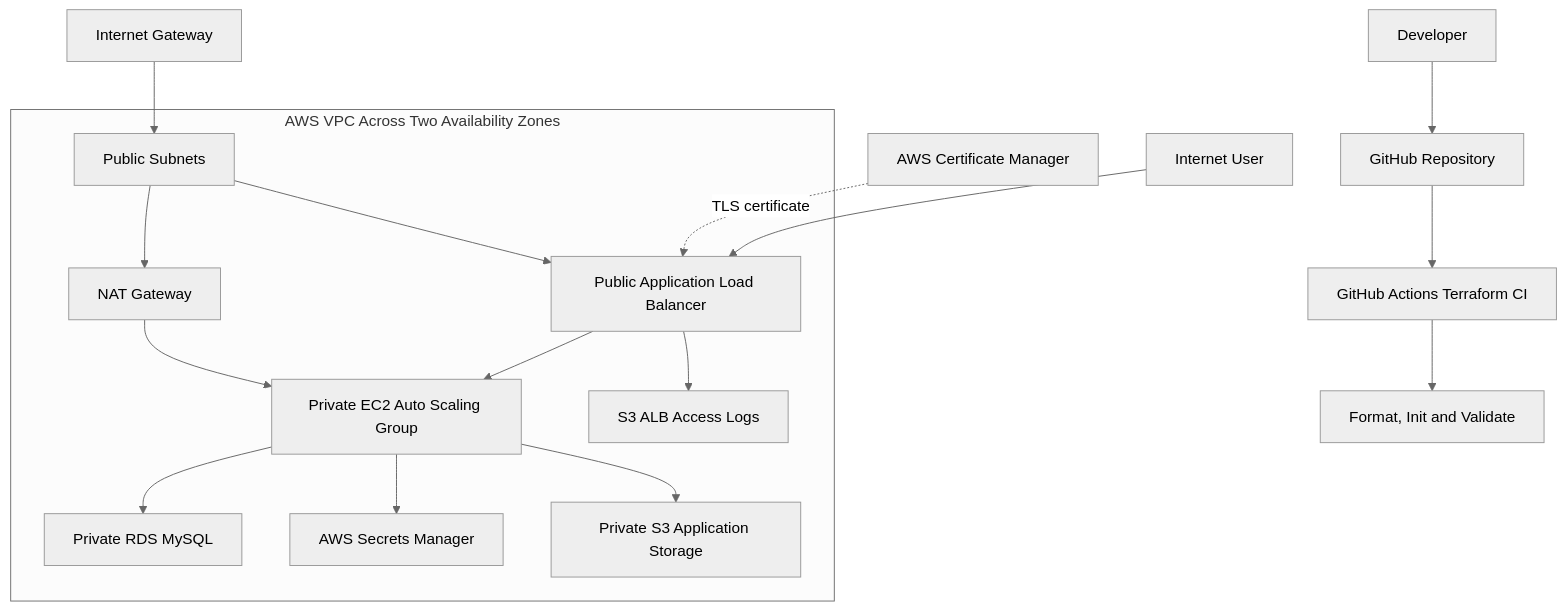
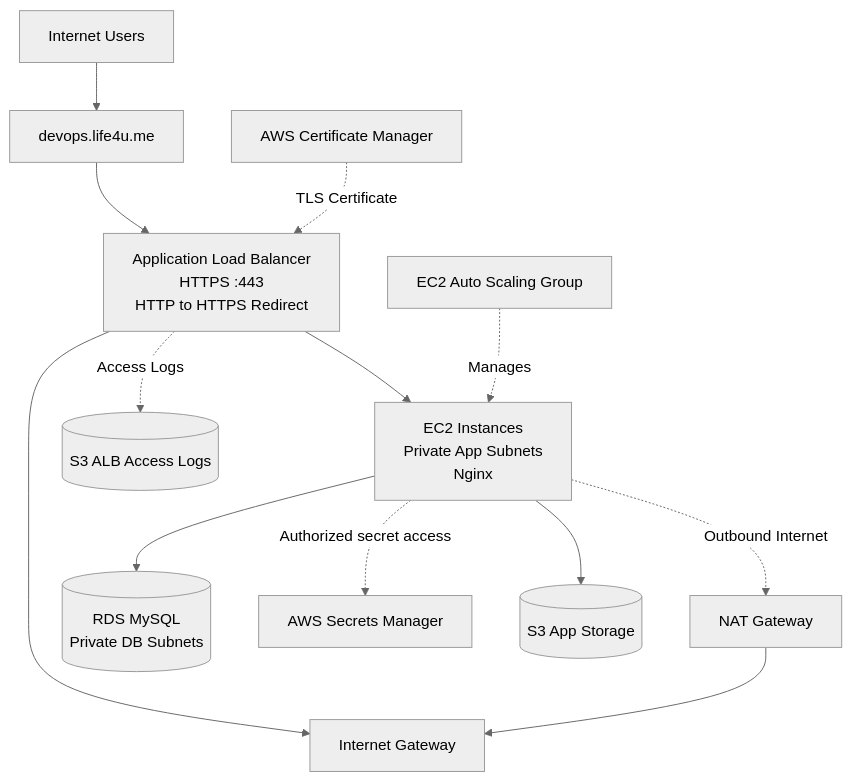
Before and after one commit to hetshah-188/aws-terraform-devops-assessment: the diagram in docs/architecture.md, drawn with Mermaid (neutral theme). The commit also changed other lines of this file and 1 other file, not shown here.

Commit message:
Update project documentation and AWS architecture

````diff
--- a/docs/architecture.md
+++ b/docs/architecture.md
@@ -4,32 +10,28 @@
 ```mermaid
 flowchart TB
-    DEV[Developer] --> GH[GitHub Repository]
-    GH --> CI[GitHub Actions Terraform CI]
-    CI --> CHECK[Format, Init and Validate]
+    U[Internet Users]
+    DNS[devops.life4u.me]
+    ALB[Application Load Balancer<br/>HTTPS :443<br/>HTTP to HTTPS Redirect]
+    ACM[AWS Certificate Manager]
+    ASG[EC2 Auto Scaling Group]
+    EC2[EC2 Instances<br/>Private App Subnets<br/>Nginx]
+    NAT[NAT Gateway]
+    IGW[Internet Gateway]
+    RDS[(RDS MySQL<br/>Private DB Subnets)]
+    SM[AWS Secrets Manager]
+    S3A[(S3 App Storage)]
+    S3L[(S3 ALB Access Logs)]
 
-    USER[Internet User] --> ALB[Public Application Load Balancer]
-    ACM[AWS Certificate Manager] -. TLS certificate .-> ALB
-
-    ALB --> APP[Private EC2 Auto Scaling Group]
-    APP --> DB[Private RDS MySQL]
-    APP --> SM[AWS Secrets Manager]
-
-    APP --> S3[Private S3 Application Storage]
-    ALB --> LOGS[S3 ALB Access Logs]
-
-    IGW[Internet Gateway] --> PUB[Public Subnets]
-    PUB --> ALB
-    PUB --> NAT[NAT Gateway]
-    NAT --> APP
-
-    subgraph VPC[AWS VPC Across Two Availability Zones]
-        PUB
-        ALB
-        APP
-        DB
-        NAT
-        S3
-        LOGS
-        SM
-    end
+    U --> DNS
+    DNS --> ALB
+    ACM -. TLS Certificate .-> ALB
+    ALB --> EC2
+    ASG -. Manages .-> EC2
+    EC2 --> RDS
+    EC2 -. Authorized secret access .-> SM
+    EC2 --> S3A
+    ALB -. Access Logs .-> S3L
+    ALB --> IGW
+    EC2 -. Outbound Internet .-> NAT
+    NAT --> IGW
 ```
````
